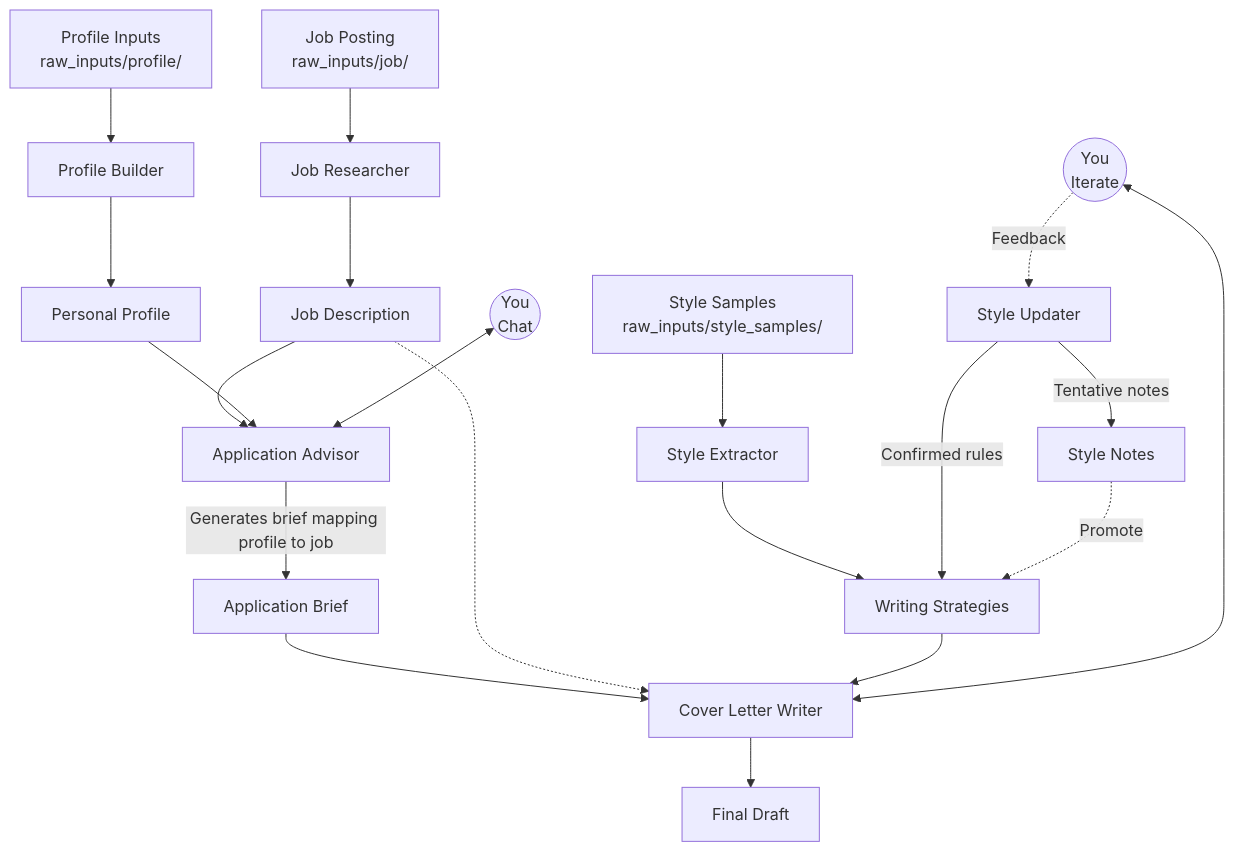
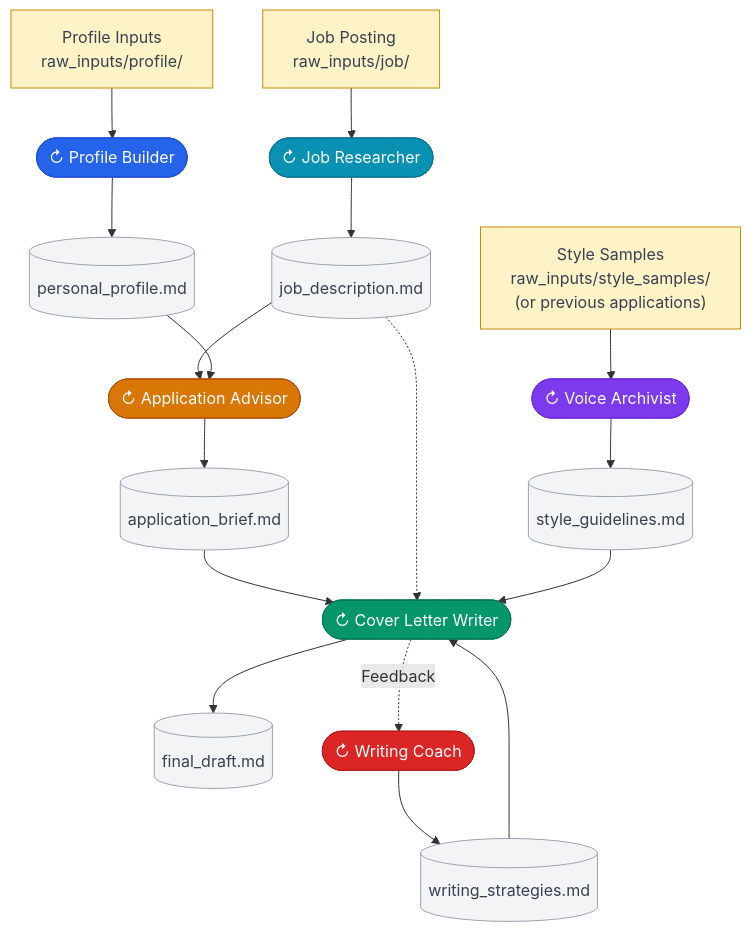
One commit to Fandy-ust/cover-letter-assistant changed the first of 2 diagrams in README.md. Above: the diagram before and after it, drawn with Mermaid. The commit also changed other lines of this file and 14 other files, not shown here.

First line of the commit message:
Refactor skill and memory architecture for clearer writing workflow.

````diff
--- a/README.md
+++ b/README.md
@@ -63,32 +65,39 @@
 ```mermaid
 flowchart TD
+    classDef pb  fill:#2563EB,stroke:#1D4ED8,color:#fff
+    classDef se  fill:#7C3AED,stroke:#6D28D9,color:#fff
+    classDef jr  fill:#0891B2,stroke:#0E7490,color:#fff
+    classDef aa  fill:#D97706,stroke:#B45309,color:#fff
+    classDef cw  fill:#059669,stroke:#047857,color:#fff
+    classDef su  fill:#DC2626,stroke:#B91C1C,color:#fff
+    classDef file  fill:#F3F4F6,stroke:#9CA3AF,color:#374151
+    classDef input fill:#FEF3C7,stroke:#CA8A04,color:#374151
+
     %% One-time setup
-    Personal["Profile Inputs<br>raw_inputs/profile/"] --> PB[Profile Builder]
-    PB --> Profile[Personal Profile]
+    Personal["Profile Inputs<br>raw_inputs/profile/"]:::input --> PB
+    PB(["↻  Profile Builder"]):::pb --> Profile[("personal_profile.md")]:::file
 
-    Refs["Style Samples<br>raw_inputs/style_samples/"] --> Extractor[Style Extractor]
-    Extractor --> StyleHard[Writing Strategies]
-    
+    Refs["Style Samples<br>raw_inputs/style_samples/<br>(or previous applications)"]:::input --> SE
+    SE(["↻  Voice Archivist"]):::se --> StyleGuide[("style_guidelines.md")]:::file
+    StyleHard[("writing_strategies.md")]:::file
+
     %% Job input & research
-    JobInput["Job Posting<br>raw_inputs/job/"] --> JR[Job Researcher]
-    JR --> JD[Job Description]
+    JobInput["Job Posting<br>raw_inputs/job/"]:::input --> JR
+    JR(["↻  Job Researcher"]):::jr --> JD[("job_description.md")]:::file
 
     %% Advisor Phase
-    JD --> AA[Application Advisor]
+    JD --> AA
     Profile --> AA
-    UserAdvisor(("You<br>Chat")) <--> AA
-    AA -->|"Generates brief mapping profile to job"| Brief[Application Brief]
-    
+    AA(["↻  Application Advisor"]):::aa --> Brief[("application_brief.md")]:::file
+
     %% Writer Phase
-    Brief --> CW[Cover Letter Writer]
+    Brief --> CW
     JD -.-> CW
+    StyleGuide --> CW
     StyleHard --> CW
-    UserWriter(("You<br>Iterate")) <--> CW
-    CW --> Draft[Final Draft]
+    CW(["↻  Cover Letter Writer"]):::cw --> Draft[("final_draft.md")]:::file
 
     %% Style Feedback Loop
-    UserWriter -.->|"Feedback"| SU[Style Updater]
-    SU -->|"Confirmed rules"| StyleHard
-    SU -->|"Tentative notes"| StyleSoft[Style Notes]
-    StyleSoft -.->|"Promote"| StyleHard
+    CW -.->|"Feedback"| SU
+    SU(["↻  Writing Coach"]):::su --> StyleHard
 ```
````
